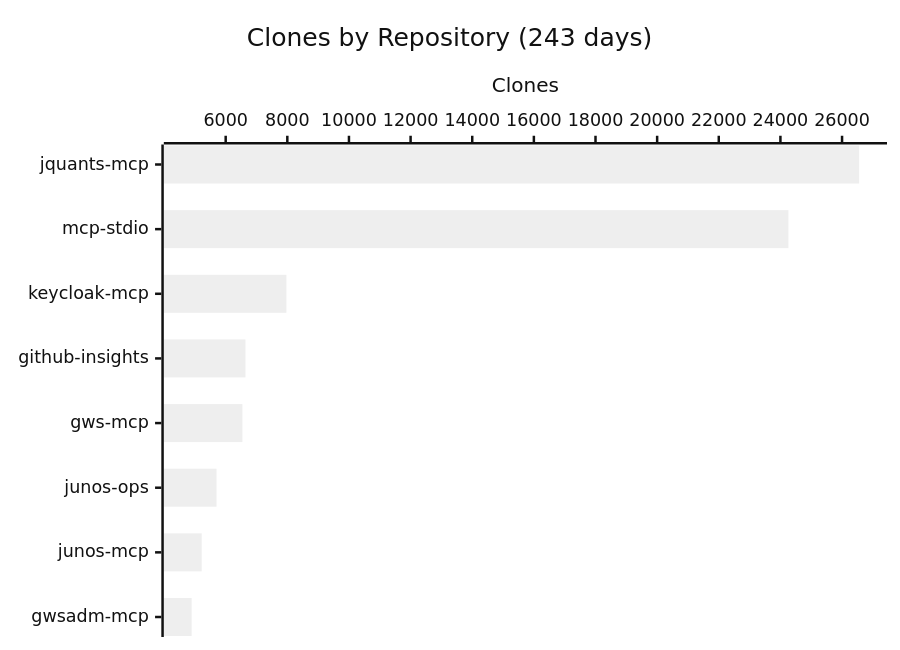
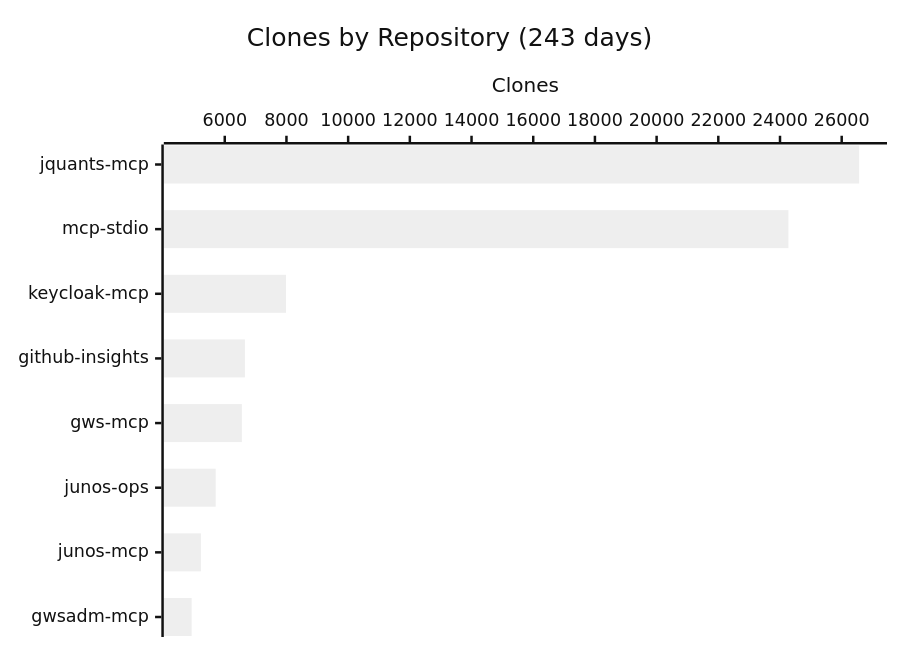
The fourth of 4 diagrams in README.md (shigechika/github-insights), drawn with Mermaid (neutral theme) before and after one commit. The commit also changed other lines of this file and 1 other file, not shown here.

````diff
--- a/README.md
+++ b/README.md
@@ -58,7 +58,7 @@
 ```mermaid
 xychart-beta horizontal
     title "Clones by Repository (243 days)"
     x-axis ["jquants-mcp", "mcp-stdio", "keycloak-mcp", "github-insights", "gws-mcp", "junos-ops", "junos-mcp", "gwsadm-mcp"]
     y-axis "Clones"
-    bar [26555, 24260, 7970, 6642, 6542, 5703, 5222, 4896]
+    bar [26566, 24273, 7987, 6653, 6554, 5706, 5227, 4927]
 ```
````
